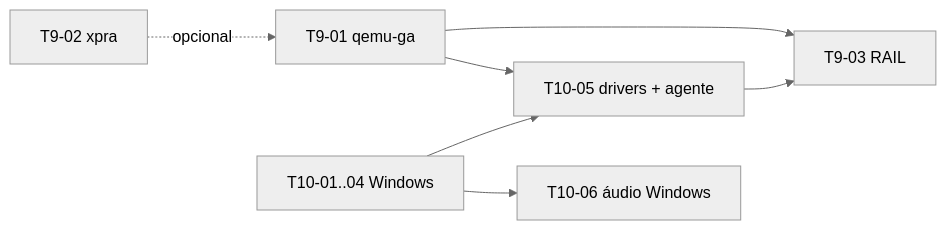
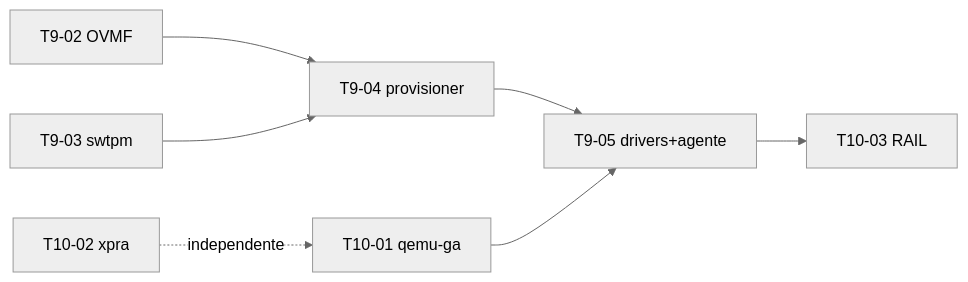
Before and after one commit to marcos2872/podstack: the diagram in docs/specs/001-apps-remotos-vm/tasks.md, drawn with Mermaid (neutral theme). The commit also changed other lines of this file and 2 other files, not shown here.

````diff
--- a/docs/specs/001-apps-remotos-vm/tasks.md
+++ b/docs/specs/001-apps-remotos-vm/tasks.md
@@ -54,9 +52,9 @@
 ```mermaid
 flowchart LR
-  T9-01[T9-01 qemu-ga] --> T9-03[T9-03 RAIL]
-  T9-02[T9-02 xpra] -.opcional.-> T9-01
-  M10[T10-01..04 Windows] --> T10-05[T10-05 drivers + agente]
-  T9-01 --> T10-05
-  T10-05 --> T9-03
-  M10 --> T10-06[T10-06 áudio Windows]
+  T9-02[T9-02 OVMF] --> T9-04[T9-04 provisioner]
+  T9-03[T9-03 swtpm] --> T9-04
+  T9-04 --> T9-05[T9-05 drivers+agente]
+  T10-01[T10-01 qemu-ga] --> T9-05
+  T9-05 --> T10-03[T10-03 RAIL]
+  T10-02[T10-02 xpra] -.independente.-> T10-01
 ```
````
